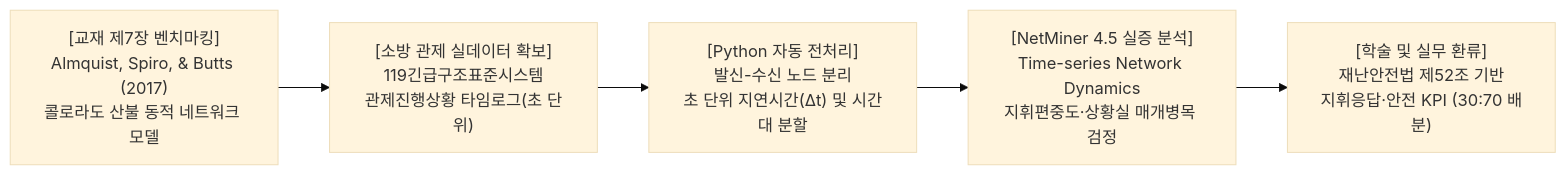
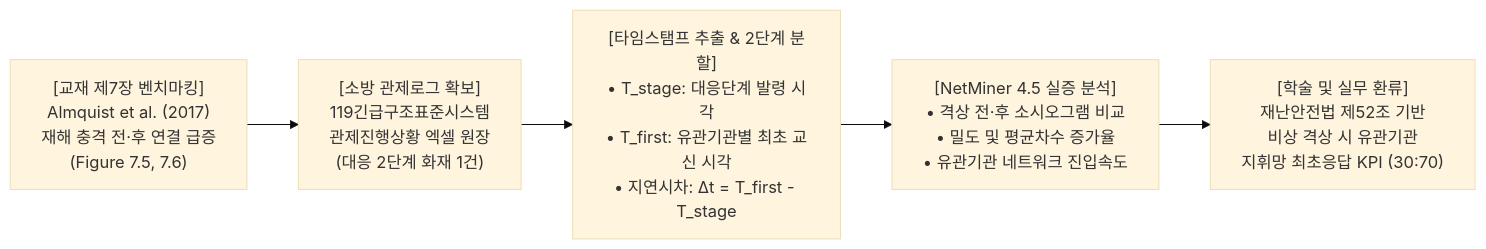
Before and after one commit to skang88/SNA: the first of 5 diagrams in 소방_SNA_수업_연구계획서.md, drawn with Mermaid (base theme). The commit also changed other lines of this file and 11 other files, not shown here.

````diff
--- a/소방_SNA_수업_연구계획서.md
+++ b/소방_SNA_수업_연구계획서.md
@@ -24,7 +26,7 @@
 ```mermaid
 flowchart LR
-    A["[교재 제7장 벤치마킹]<br/>Almquist, Spiro, & Butts (2017)<br/>콜로라도 산불 동적 네트워크 모델"] --> B["[소방 관제 실데이터 확보]<br/>119긴급구조표준시스템<br/>관제진행상황 타임로그(초 단위)"]
-    B --> C["[Python 자동 전처리]<br/>발신-수신 노드 분리<br/>초 단위 지연시간(Δt) 및 시간대 분할"]
-    C --> D["[NetMiner 4.5 실증 분석]<br/>Time-series Network Dynamics<br/>지휘편중도·상황실 매개병목 검정"]
-    D --> E["[학술 및 실무 환류]<br/>재난안전법 제52조 기반<br/>지휘응답·안전 KPI (30:70 배분)"]
+    A["[교재 제7장 벤치마킹]<br/>Almquist et al. (2017)<br/>재해 충격 전·후 연결 급증<br/>(Figure 7.5, 7.6)"] --> B["[소방 관제로그 확보]<br/>119긴급구조표준시스템<br/>관제진행상황 엑셀 원장<br/>(대응 2단계 화재 1건)"]
+    B --> C["[타임스탬프 추출 & 2단계 분할]<br/>• T_stage: 대응단계 발령 시각<br/>• T_first: 유관기관별 최초 교신 시각<br/>• 지연시차: Δt = T_first - T_stage"]
+    C --> D["[NetMiner 4.5 실증 분석]<br/>• 격상 전·후 소시오그램 비교<br/>• 밀도 및 평균차수 증가율<br/>• 유관기관 네트워크 진입속도"]
+    D --> E["[학술 및 실무 환류]<br/>재난안전법 제52조 기반<br/>비상 격상 시 유관기관<br/>지휘망 최초응답 KPI (30:70)"]
 ```
````
